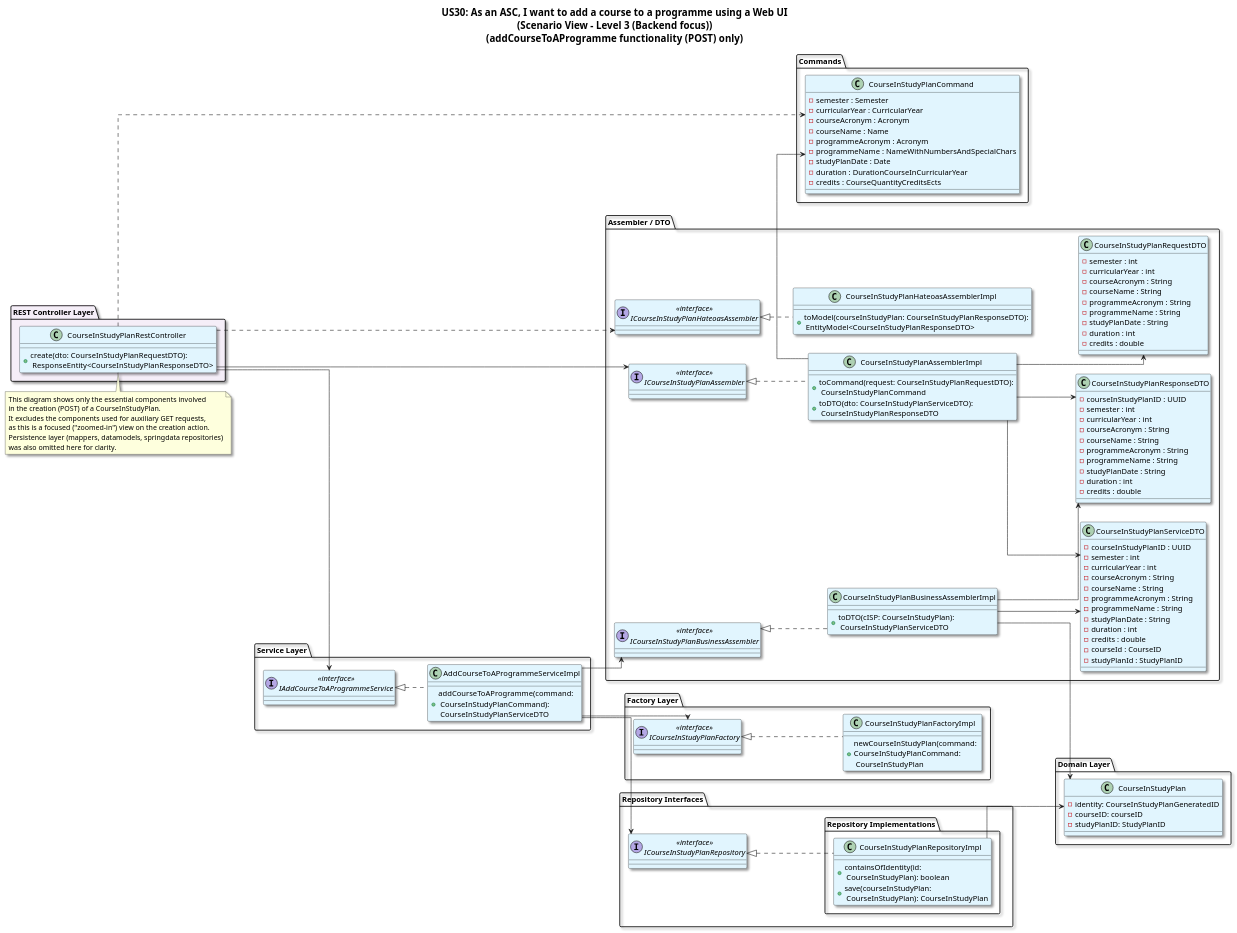
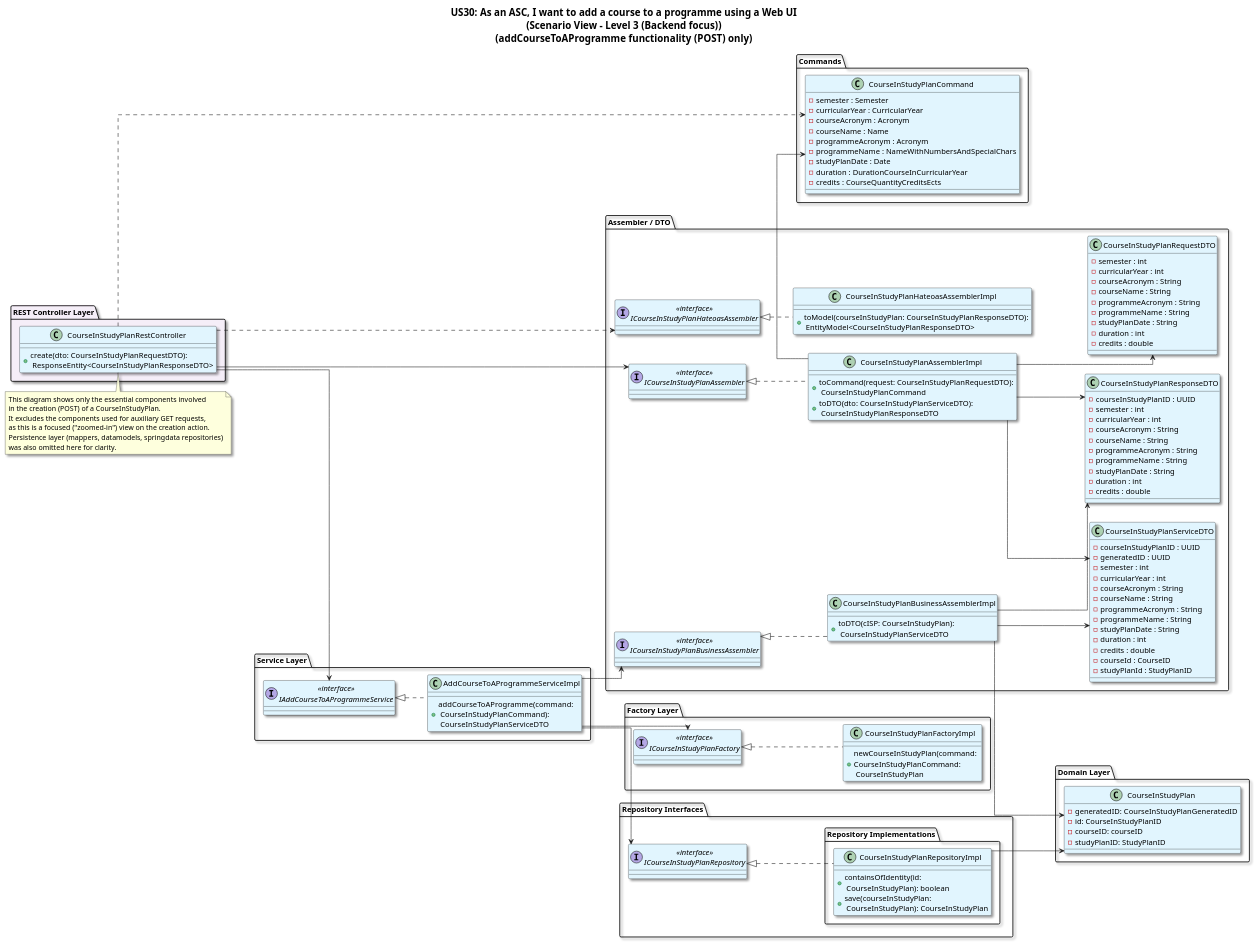
The diagram in docs/US30/Sprint_7/ScenarioView/AddCourseToAProgramme_ScenarioView_Level3.puml (GasparISEP/DevOps-PAI), drawn with PlantUML before and after one commit. The commit also changed 1 other file, not shown here.

Commit message:
docs(addCourseToAProgramme): update process and scenario view diagrams to reflect CourseInStudyPlanGeneratedID integration (refs #701, #704, #705)

```diff
--- a/docs/US30/Sprint_7/ScenarioView/AddCourseToAProgramme_ScenarioView_Level3.puml
+++ b/docs/US30/Sprint_7/ScenarioView/AddCourseToAProgramme_ScenarioView_Level3.puml
@@ -1,179 +1,181 @@
 @startuml
 title: US30: As an ASC, I want to add a course to a programme using a Web UI\n(Scenario View - Level 3 (Backend focus))\n(addCourseToAProgramme functionality (POST) only)
 
 
 ' ========== SETTINGS ==========
 skinparam classBackgroundColor #E1F5FE
 skinparam titleFontSize 18
 skinparam linetype ortho
 skinparam LegendBackgroundColor white
 skinparam LegendBorderColor white
 skinparam classFontSize 14
 skinparam shadowing true
 skinparam rectangle {
   RoundCorner 20
 }
 skinparam classBorderColor Black
 left to right direction
 
 
 package "REST Controller Layer" #F5EEF8 {
   class CourseInStudyPlanRestController {
     +create(dto: CourseInStudyPlanRequestDTO):\n ResponseEntity<CourseInStudyPlanResponseDTO>
     }
 }
 
 note top
 This diagram shows only the essential components involved
 in the creation (POST) of a CourseInStudyPlan.
 It excludes the components used for auxiliary GET requests,
 as this is a focused ("zoomed-in") view on the creation action.
 Persistence layer (mappers, datamodels, springdata repositories)
 was also omitted here for clarity.
 end note
 
 package "Service Layer" {
   interface "<<interface>>\nIAddCourseToAProgrammeService" as IAddCourseToAProgrammeService
   class AddCourseToAProgrammeServiceImpl {
     +addCourseToAProgramme(command:\n CourseInStudyPlanCommand):\n CourseInStudyPlanServiceDTO
   }
 }
 
 package "Assembler / DTO" {
   interface "<<interface>>\nICourseInStudyPlanAssembler" as ICourseInStudyPlanAssembler
   class CourseInStudyPlanAssemblerImpl {
 +toCommand(request: CourseInStudyPlanRequestDTO):\n CourseInStudyPlanCommand
 +toDTO(dto: CourseInStudyPlanServiceDTO):\n CourseInStudyPlanResponseDTO
 }
   interface "<<interface>>\nICourseInStudyPlanBusinessAssembler" as ICourseInStudyPlanBusinessAssembler
     class CourseInStudyPlanBusinessAssemblerImpl {
   +toDTO(cISP: CourseInStudyPlan):\n CourseInStudyPlanServiceDTO
   }
   interface "<<interface>>\nICourseInStudyPlanHateoasAssembler" as ICourseInStudyPlanHateoasAssembler
   class CourseInStudyPlanHateoasAssemblerImpl {
   + toModel(courseInStudyPlan: CourseInStudyPlanResponseDTO):\n EntityModel<CourseInStudyPlanResponseDTO>
   }
 
 
   class CourseInStudyPlanRequestDTO {
     - semester : int
     - curricularYear : int
     - courseAcronym : String
     - courseName : String
     - programmeAcronym : String
     - programmeName : String
     - studyPlanDate : String
     - duration : int
     - credits : double
   }
 
 
   class CourseInStudyPlanResponseDTO {
     - courseInStudyPlanID : UUID
     - semester : int
     - curricularYear : int
     - courseAcronym : String
     - courseName : String
     - programmeAcronym : String
     - programmeName : String
     - studyPlanDate : String
     - duration : int
     - credits : double
   }
 
   class CourseInStudyPlanServiceDTO {
       - courseInStudyPlanID : UUID
+      - generatedID : UUID
       - semester : int
       - curricularYear : int
       - courseAcronym : String
       - courseName : String
       - programmeAcronym : String
       - programmeName : String
       - studyPlanDate : String
       - duration : int
       - credits : double
       - courseId : CourseID
       - studyPlanId : StudyPlanID
   }
 }
 
 package "Commands" {
 class CourseInStudyPlanCommand {
     - semester : Semester
     - curricularYear : CurricularYear
     - courseAcronym : Acronym
     - courseName : Name
     - programmeAcronym : Acronym
     - programmeName : NameWithNumbersAndSpecialChars
     - studyPlanDate : Date
     - duration : DurationCourseInCurricularYear
     - credits : CourseQuantityCreditsEcts
 }
 }
 
 package "Domain Layer" {
   class CourseInStudyPlan {
-    -identity: CourseInStudyPlanGeneratedID
+    -generatedID: CourseInStudyPlanGeneratedID
+    -id: CourseInStudyPlanID
     -courseID: courseID
     -studyPlanID: StudyPlanID
   }
 }
 
 package "Factory Layer" {
   interface "<<interface>>\nICourseInStudyPlanFactory" as ICourseInStudyPlanFactory
   class CourseInStudyPlanFactoryImpl {
     +newCourseInStudyPlan(command: \nCourseInStudyPlanCommand:\n CourseInStudyPlan
   }
 }
 
 
 package "Repository Interfaces" {
   interface "<<interface>>\nICourseInStudyPlanRepository" as ICourseInStudyPlanRepository
 
   package "Repository Implementations"{
   class CourseInStudyPlanRepositoryImpl {
     +containsOfIdentity(id:\n CourseInStudyPlan): boolean
     +save(courseInStudyPlan:\n CourseInStudyPlan): CourseInStudyPlan
   }
 }
 
 
 ' Relationships
 CourseInStudyPlanRestController --> IAddCourseToAProgrammeService
 IAddCourseToAProgrammeService <|.. AddCourseToAProgrammeServiceImpl
 
 CourseInStudyPlanRestController --> ICourseInStudyPlanAssembler
 ICourseInStudyPlanAssembler <|.. CourseInStudyPlanAssemblerImpl
 ICourseInStudyPlanBusinessAssembler <|.. CourseInStudyPlanBusinessAssemblerImpl
 
 AddCourseToAProgrammeServiceImpl --> ICourseInStudyPlanFactory
 ICourseInStudyPlanFactory <|.. CourseInStudyPlanFactoryImpl
 
 AddCourseToAProgrammeServiceImpl --> ICourseInStudyPlanBusinessAssembler
 
 AddCourseToAProgrammeServiceImpl --> ICourseInStudyPlanRepository
 ICourseInStudyPlanRepository <|.. CourseInStudyPlanRepositoryImpl
 
 
 
 
 CourseInStudyPlanRepositoryImpl --> CourseInStudyPlan
 
 
 
 
 
 ICourseInStudyPlanHateoasAssembler <|.. CourseInStudyPlanHateoasAssemblerImpl
 
 CourseInStudyPlanAssemblerImpl --> CourseInStudyPlanRequestDTO
 CourseInStudyPlanBusinessAssemblerImpl --> CourseInStudyPlanResponseDTO
 CourseInStudyPlanBusinessAssemblerImpl --> CourseInStudyPlan
 CourseInStudyPlanBusinessAssemblerImpl --> CourseInStudyPlanServiceDTO
 CourseInStudyPlanAssemblerImpl --> CourseInStudyPlanServiceDTO
 
 CourseInStudyPlanAssemblerImpl -> CourseInStudyPlanCommand
 CourseInStudyPlanAssemblerImpl -> CourseInStudyPlanResponseDTO
 CourseInStudyPlanRestController ..> CourseInStudyPlanCommand
 CourseInStudyPlanRestController ..> ICourseInStudyPlanHateoasAssembler
 
 @enduml
```
